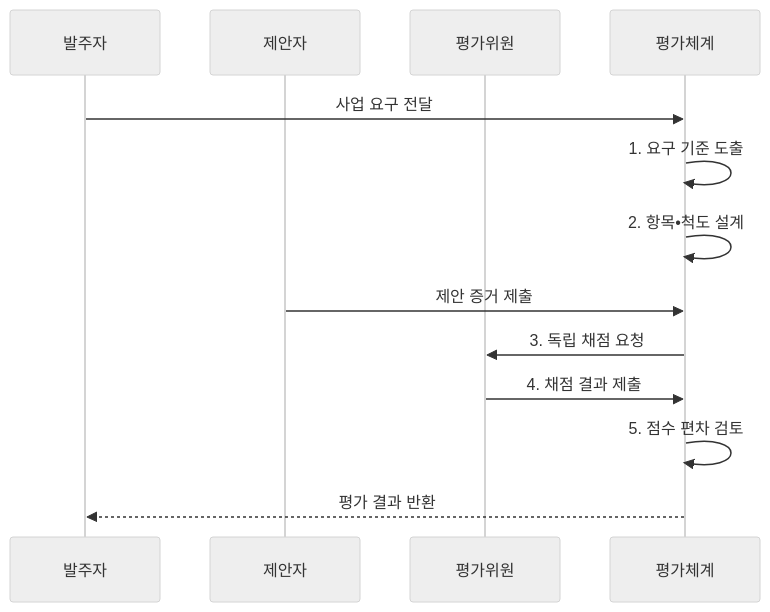
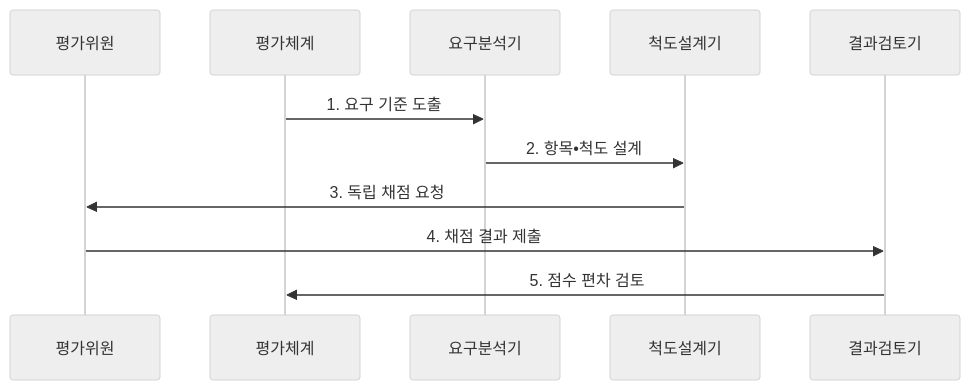
One commit to agnusdei1207/knowledge-base changed the second of 2 diagrams in src/content/docs/notes/03-software/224_software_technology_evaluation.md. Above: the diagram before and after it, drawn with Mermaid (neutral theme). The commit also changed other lines of this file and 6 other files, not shown here.

````diff
--- a/src/content/docs/notes/03-software/224_software_technology_evaluation.md
+++ b/src/content/docs/notes/03-software/224_software_technology_evaluation.md
@@ -107,16 +107,14 @@
 ```mermaid
 sequenceDiagram
-    participant 발주자
-    participant 제안자
     participant 평가위원
     participant 평가체계
-    발주자->>평가체계: 사업 요구 전달
-    평가체계->>평가체계: 1. 요구 기준 도출
-    평가체계->>평가체계: 2. 항목•척도 설계
-    제안자->>평가체계: 제안 증거 제출
-    평가체계->>평가위원: 3. 독립 채점 요청
-    평가위원->>평가체계: 4. 채점 결과 제출
-    평가체계->>평가체계: 5. 점수 편차 검토
-    평가체계-->>발주자: 평가 결과 반환
+    participant 요구분석기
+    participant 척도설계기
+    participant 결과검토기
+    평가체계->>요구분석기: 1. 요구 기준 도출
+    요구분석기->>척도설계기: 2. 항목•척도 설계
+    척도설계기->>평가위원: 3. 독립 채점 요청
+    평가위원->>결과검토기: 4. 채점 결과 제출
+    결과검토기->>평가체계: 5. 점수 편차 검토
 
 ```
````
